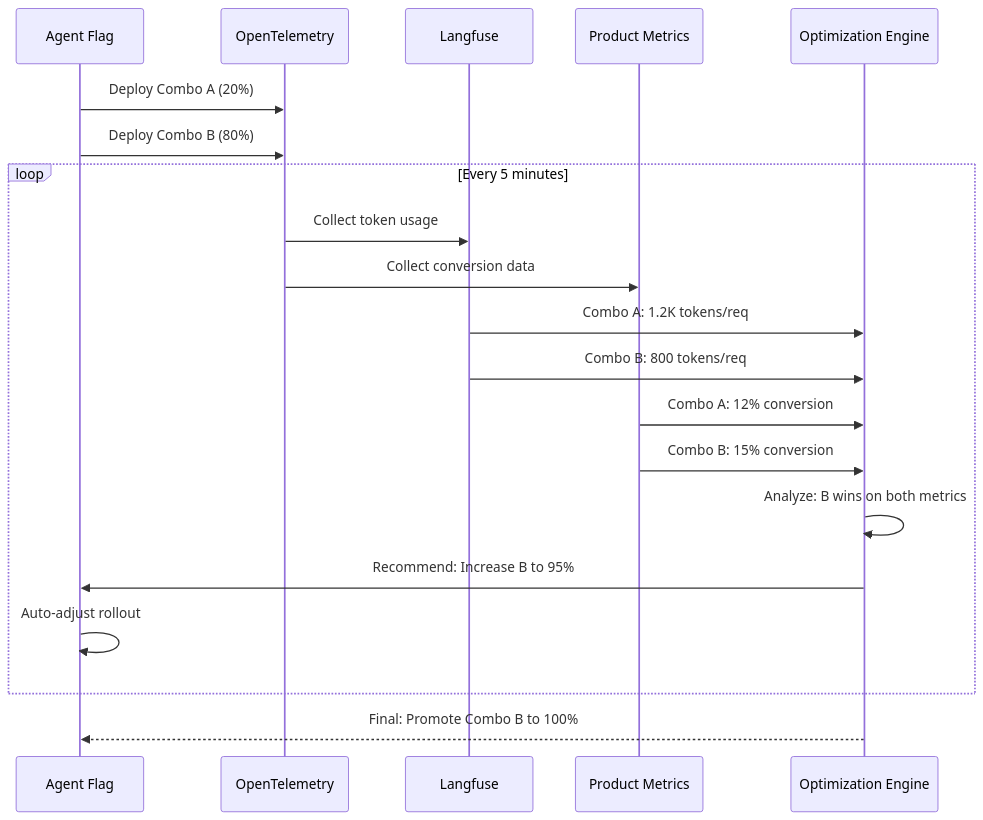
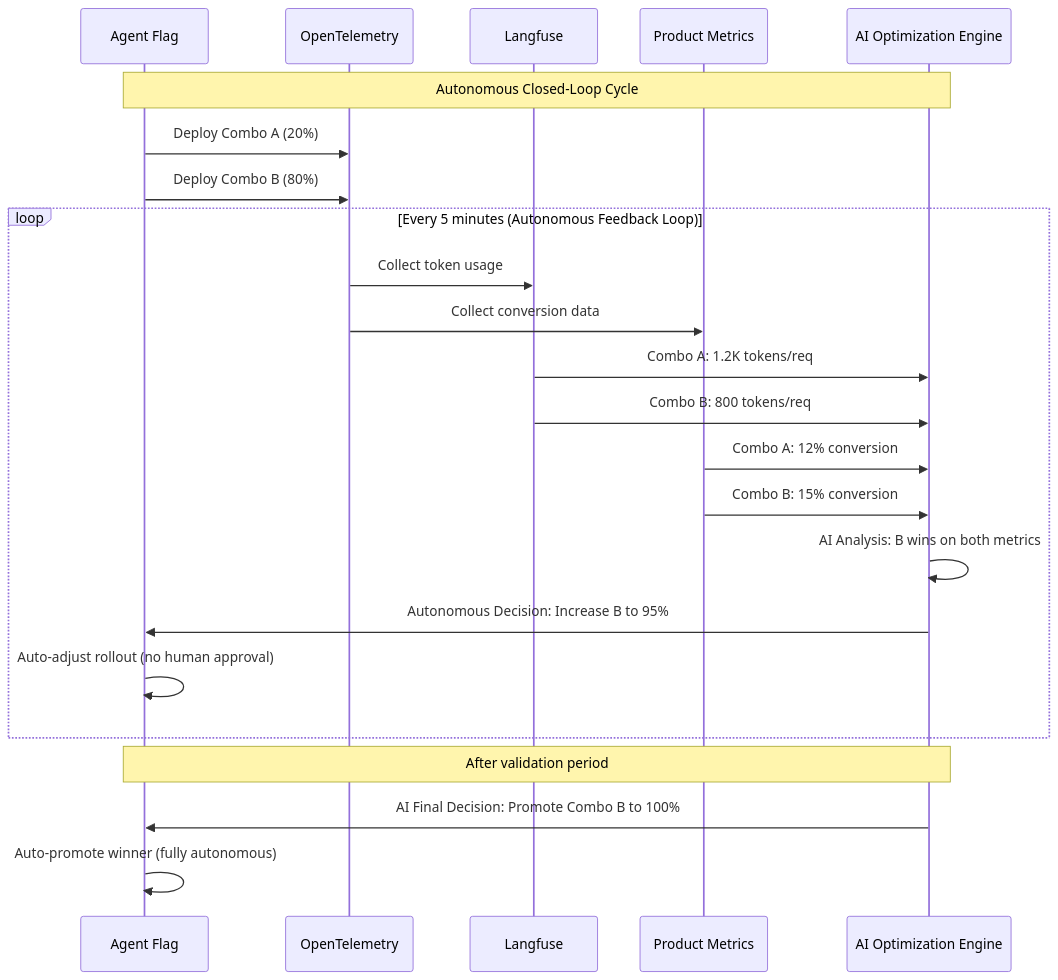
One commit to featbit/agent-flag changed the seventh of 9 diagrams in insights-bh.md. Above: the diagram before and after it, drawn with Mermaid. The commit also changed other lines of this file, not shown here.

Commit message:
Enhance autonomous experimentation capabilities by detailing the closed-loop automation process, including configuration, execution, feedback, and re-optimization, enabling AI-driven continuous improvement without human intervention.

````diff
--- a/insights-bh.md
+++ b/insights-bh.md
@@ -529,26 +561,30 @@
 ```mermaid
 sequenceDiagram
     participant AF as Agent Flag
     participant OT as OpenTelemetry
     participant LF as Langfuse
     participant PM as Product Metrics
-    participant Engine as Optimization Engine
+    participant Engine as AI Optimization Engine
+    
+    Note over AF,Engine: Autonomous Closed-Loop Cycle
     
     AF->>OT: Deploy Combo A (20%)
     AF->>OT: Deploy Combo B (80%)
     
-    loop Every 5 minutes
+    loop Every 5 minutes (Autonomous Feedback Loop)
         OT->>LF: Collect token usage
         OT->>PM: Collect conversion data
         LF->>Engine: Combo A: 1.2K tokens/req
         LF->>Engine: Combo B: 800 tokens/req
         PM->>Engine: Combo A: 12% conversion
         PM->>Engine: Combo B: 15% conversion
         
-        Engine->>Engine: Analyze: B wins on both metrics
-        Engine->>AF: Recommend: Increase B to 95%
-        AF->>AF: Auto-adjust rollout
+        Engine->>Engine: AI Analysis: B wins on both metrics
+        Engine->>AF: Autonomous Decision: Increase B to 95%
+        AF->>AF: Auto-adjust rollout (no human approval)
     end
     
-    Engine-->>AF: Final: Promote Combo B to 100%
+    Note over Engine,AF: After validation period
+    Engine->>AF: AI Final Decision: Promote Combo B to 100%
+    AF->>AF: Auto-promote winner (fully autonomous)
 ```
````
